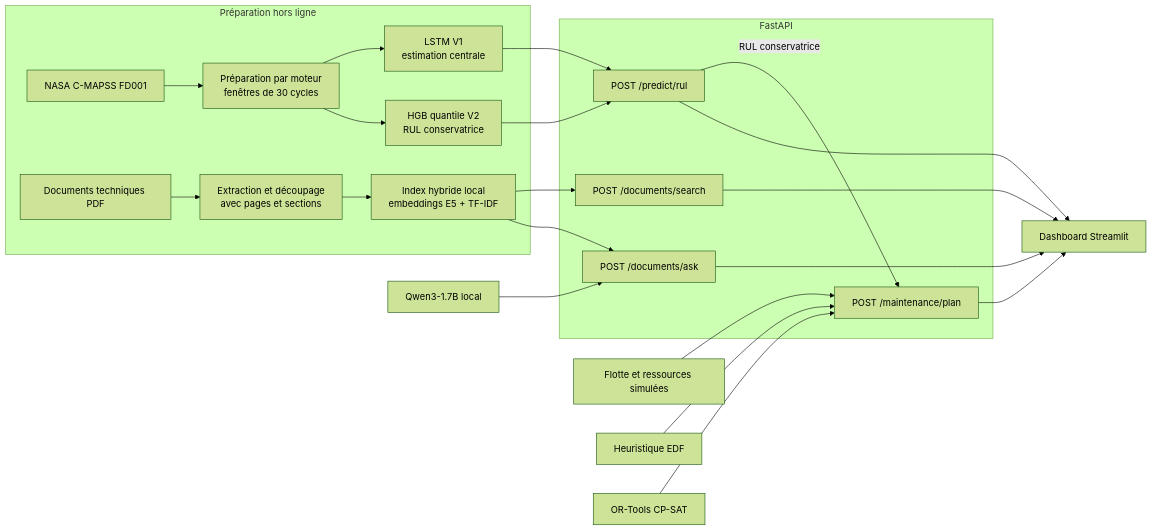
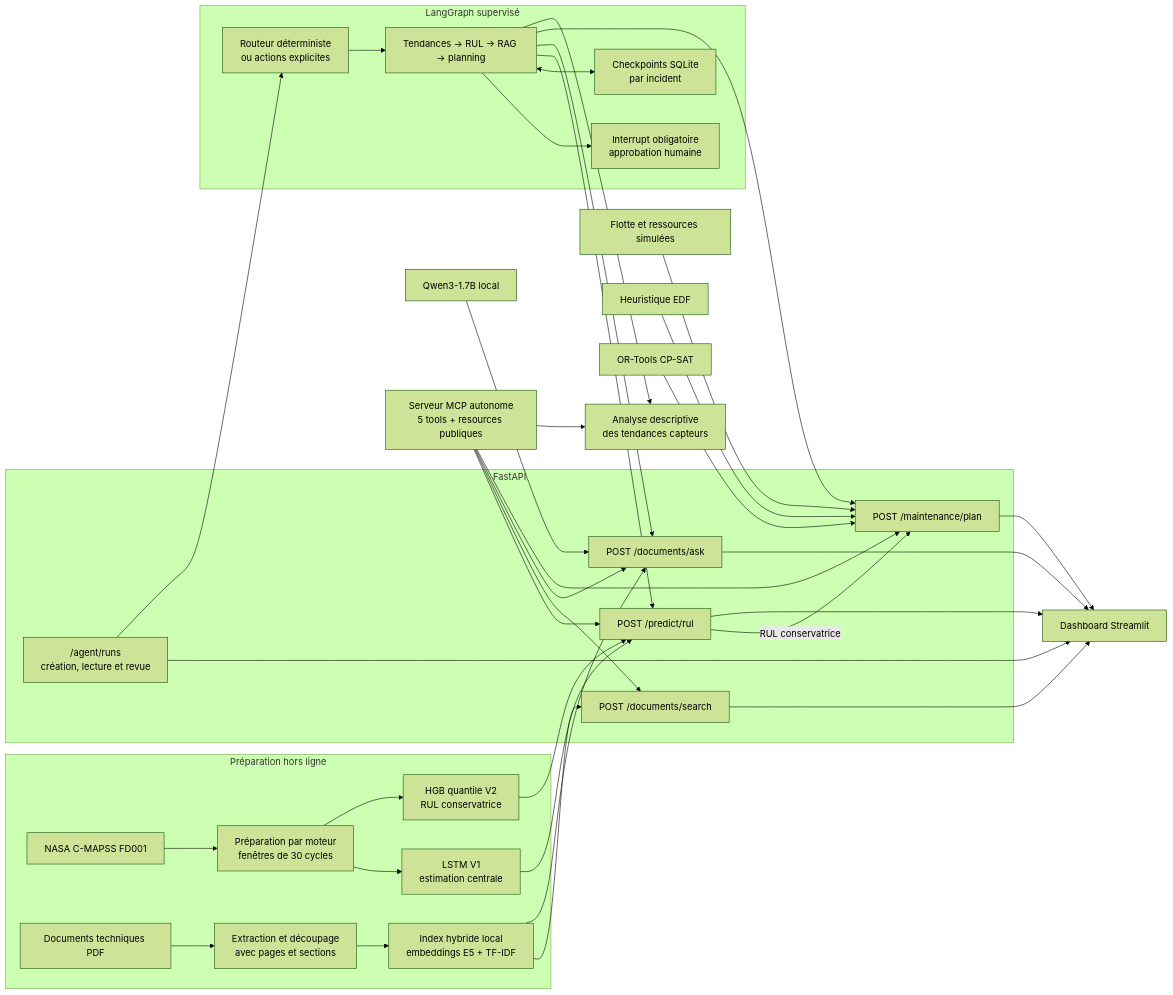
Before and after one commit to Juven14s/industrial-ai-maintenance-platform: the diagram in docs/ARCHITECTURE.md, drawn with Mermaid (forest theme). The commit also changed other lines of this file and 34 other files, not shown here.

````diff
--- a/docs/ARCHITECTURE.md
+++ b/docs/ARCHITECTURE.md
@@ -5,32 +5,55 @@
 ```mermaid
 flowchart LR
     subgraph Offline[Préparation hors ligne]
         C["NASA C-MAPSS FD001"] --> P["Préparation par moteur<br/>fenêtres de 30 cycles"]
         P --> V1["LSTM V1<br/>estimation centrale"]
         P --> V2["HGB quantile V2<br/>RUL conservatrice"]
         D["Documents techniques PDF"] --> X["Extraction et découpage<br/>avec pages et sections"]
         X --> I["Index hybride local<br/>embeddings E5 + TF-IDF"]
     end
 
     subgraph API[FastAPI]
         RUL["POST /predict/rul"]
         SEARCH["POST /documents/search"]
         ASK["POST /documents/ask"]
         PLAN["POST /maintenance/plan"]
+        AGENT["/agent/runs<br/>création, lecture et revue"]
+    end
+
+    subgraph Agent[LangGraph supervisé]
+        ROUTE["Routeur déterministe<br/>ou actions explicites"]
+        TOOLS["Tendances → RUL → RAG → planning"]
+        CHECKPOINT["Checkpoints SQLite<br/>par incident"]
+        REVIEW["Interrupt obligatoire<br/>approbation humaine"]
+        ROUTE --> TOOLS --> REVIEW
+        TOOLS <--> CHECKPOINT
     end
 
     V1 --> RUL
     V2 --> RUL
     I --> SEARCH
     I --> ASK
     LLM["Qwen3-1.7B local"] --> ASK
     RUL -->|"RUL conservatrice"| PLAN
     S["Flotte et ressources simulées"] --> PLAN
     H["Heuristique EDF"] --> PLAN
     O["OR-Tools CP-SAT"] --> PLAN
 
     RUL --> UI["Dashboard Streamlit"]
     SEARCH --> UI
     ASK --> UI
     PLAN --> UI
+    AGENT --> UI
+
+    AGENT --> ROUTE
+    TOOLS --> RUL
+    TOOLS --> ASK
+    TOOLS --> PLAN
+    TOOLS --> TRENDS["Analyse descriptive<br/>des tendances capteurs"]
+
+    MCP["Serveur MCP autonome<br/>5 tools + resources publiques"] --> RUL
+    MCP --> SEARCH
+    MCP --> ASK
+    MCP --> PLAN
+    MCP --> TRENDS
 ```
````
